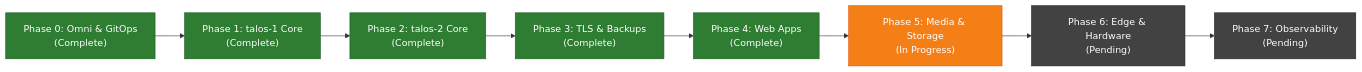
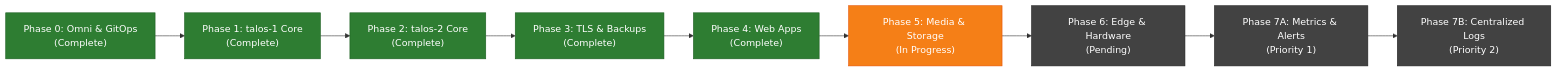
The first of 3 diagrams in K8s/PLAN.md (GabrielJean/HomeLab), drawn with Mermaid before and after one commit. The commit also changed other lines of this file, not shown here.

````diff
--- a/K8s/PLAN.md
+++ b/K8s/PLAN.md
@@ -49,16 +51,17 @@
 ```mermaid
 flowchart LR
     P0["Phase 0: Omni & GitOps<br/>(Complete)"] --> P1["Phase 1: talos-1 Core<br/>(Complete)"]
     P1 --> P2["Phase 2: talos-2 Core<br/>(Complete)"]
     P2 --> P3["Phase 3: TLS & Backups<br/>(Complete)"]
     P3 --> P4["Phase 4: Web Apps<br/>(Complete)"]
     P4 --> P5["Phase 5: Media & Storage<br/>(In Progress)"]
     P5 --> P6["Phase 6: Edge & Hardware<br/>(Pending)"]
-    P6 --> P7["Phase 7: Observability<br/>(Pending)"]
+    P6 --> P7A["Phase 7A: Metrics & Alerts<br/>(Priority 1)"]
+    P7A --> P7B["Phase 7B: Centralized Logs<br/>(Priority 2)"]
     classDef done fill:#2e7d32,stroke:#1b5e20,color:#ffffff;
     classDef inprog fill:#f57f17,stroke:#e65100,color:#ffffff;
     classDef todo fill:#424242,stroke:#212121,color:#ffffff;
     class P0,P1,P2,P3,P4 done;
     class P5 inprog;
-    class P6,P7 todo;
+    class P6,P7A,P7B todo;
 ```
````
